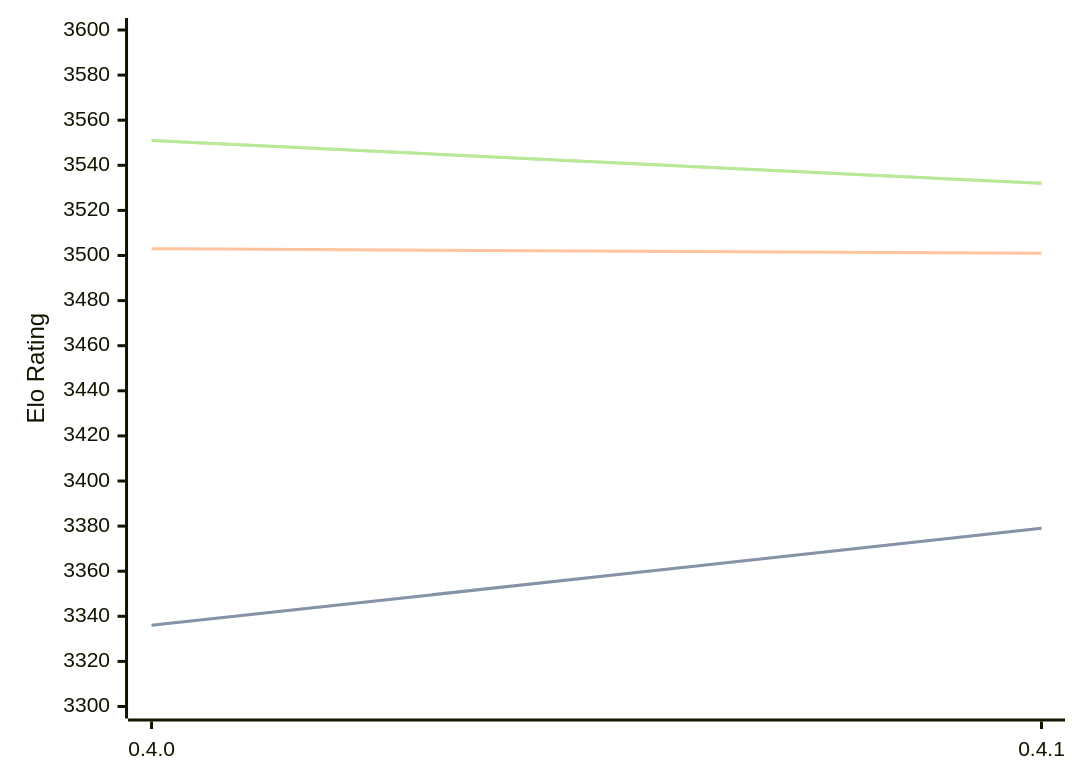
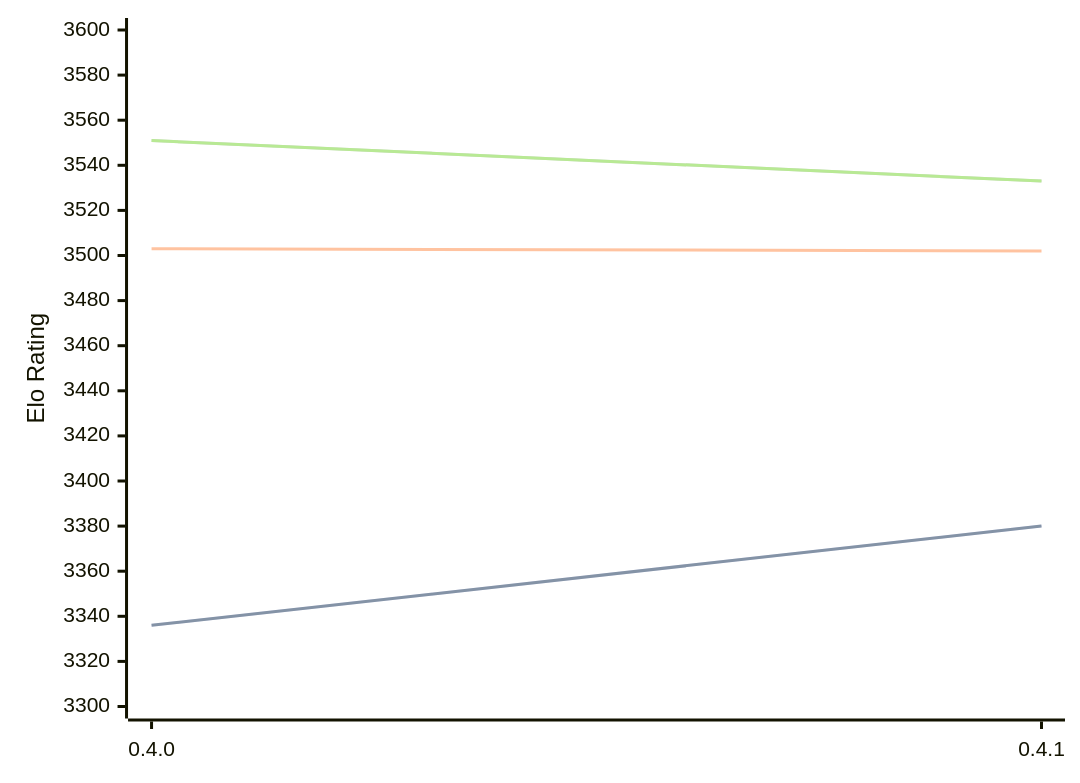
The diagram in engines/Cinder.md (computer-chess-index/cci), drawn with Mermaid before and after one commit. The commit also changed other lines of this file, not shown here.

Commit message:
Update CCI Ratings (ELO VLTC) - 2026-04-07

````diff
--- a/engines/Cinder.md
+++ b/engines/Cinder.md
@@ -40,11 +40,11 @@
 ```mermaid
 %%{init: {"theme":"base","themeVariables":{"seriesColors:['#a3a3a3','#222221','#faa371']}}}%%
 xychart-beta
   x-axis ["0.4.0", "0.4.1"]
   y-axis "Elo Rating" 3300 --> 3600
-  line "STC (8.0+0.08s)" [3336, 3379]
-  line "STC (8.0+0.08s)" [3336, 3379]
-  line "LTC (60.0+0.60s)" [3503, 3501]
-  line "VLTC (2m24s+1.12s)" [3551, 3532]
-  line "VLTC (2m24s+1.12s)" [3551, 3532]
+  line "STC (8.0+0.08s)" [3336, 3380]
+  line "STC (8.0+0.08s)" [3336, 3380]
+  line "LTC (60.0+0.60s)" [3503, 3502]
+  line "VLTC (2m24s+1.12s)" [3551, 3533]
+  line "VLTC (2m24s+1.12s)" [3551, 3533]
 ```
````
